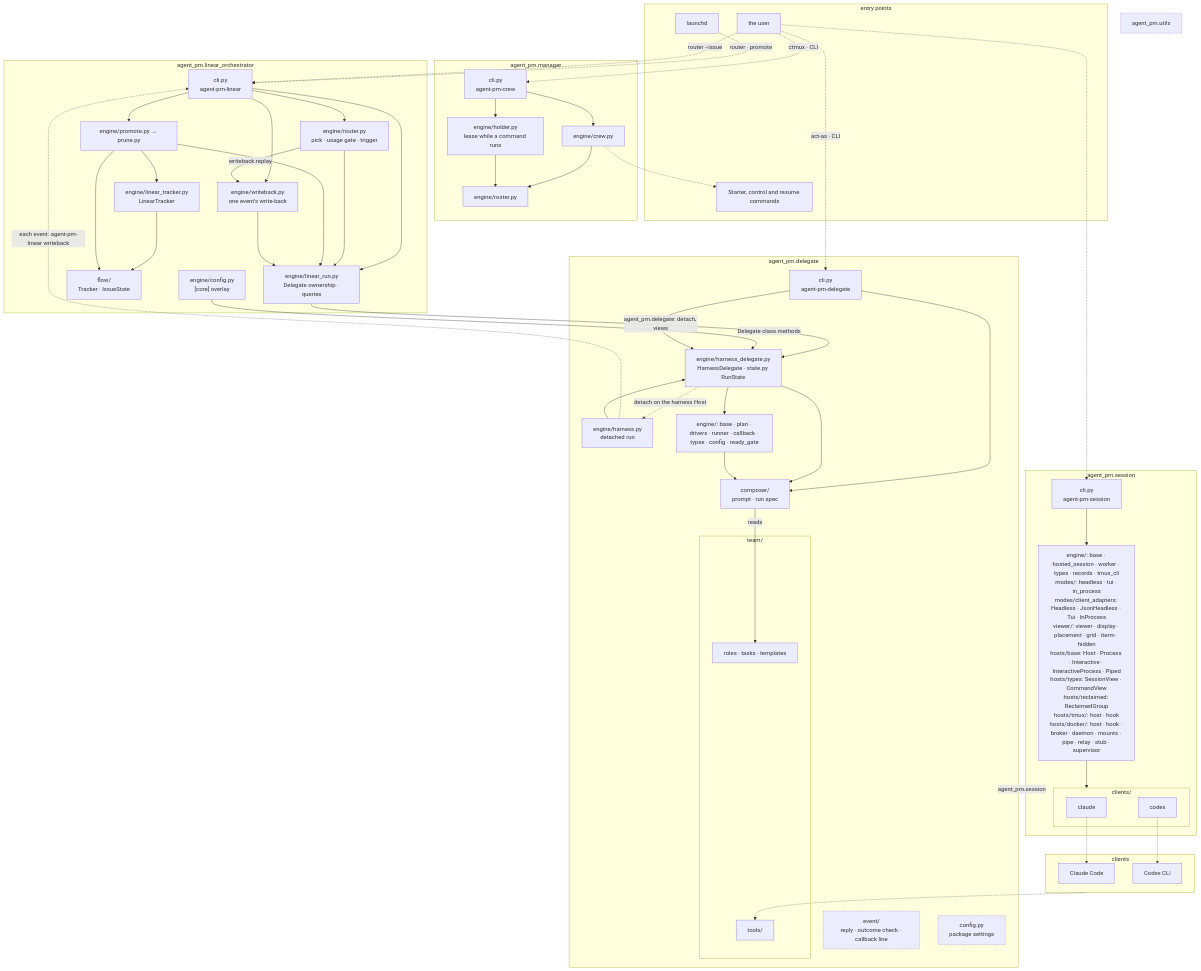
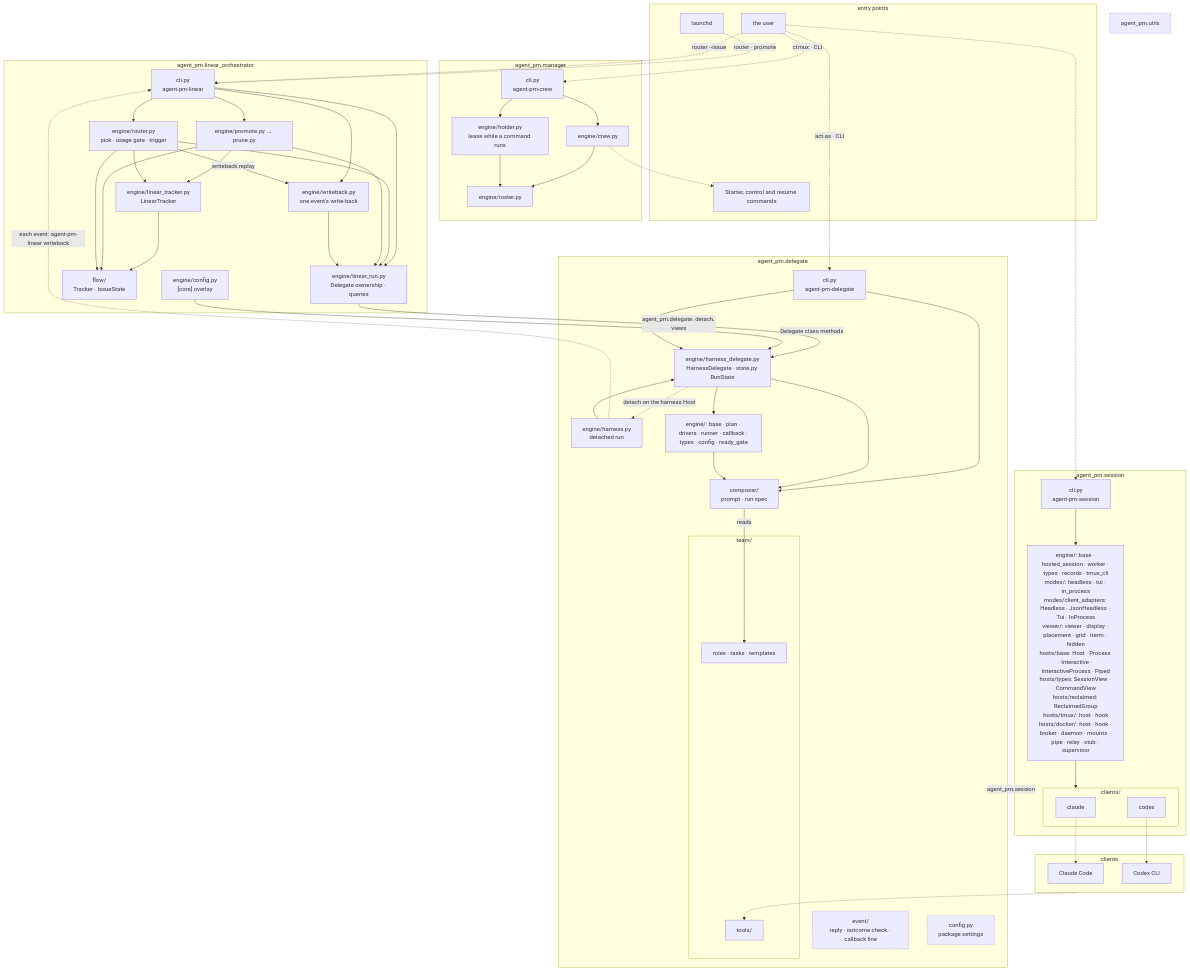
One commit to ophis/agent-pm changed the diagram in docs/architecture.md. Above: the diagram before and after it, drawn with Mermaid. The commit also changed 1 other file, not shown here.

Commit message:
docs: the router's Board reads go through the flow Tracker

````diff
--- a/docs/architecture.md
+++ b/docs/architecture.md
@@ -5,76 +5,76 @@
 ```mermaid
 flowchart TB
   subgraph EN[entry points]
     LD[launchd]
     HU[the user]
     CC[Starter, control and resume commands]
   end
   subgraph MG[agent_pm.manager]
     MC["cli.py<br>agent-pm-crew"] --> W["engine/crew.py"] --> RS["engine/roster.py"]
     MC --> HO["engine/holder.py<br>lease while a command runs"] --> RS
   end
   subgraph LO[agent_pm.linear_orchestrator]
     LCLI["cli.py<br>agent-pm-linear"]
     R["engine/router.py<br>pick · usage gate · trigger"]
     LR["engine/linear_run.py<br>Delegate ownership · queries"]
     WB["engine/writeback.py<br>one event's write-back"]
     PP["engine/promote.py → prune.py"]
     LT["engine/linear_tracker.py<br>LinearTracker"]
     FL["flow/<br>Tracker · IssueState"]
     LC["engine/config.py<br>[core] overlay"]
   end
   subgraph DL[agent_pm.delegate]
     D["cli.py<br>agent-pm-delegate"]
     HD["engine/harness_delegate.py<br>HarnessDelegate · state.py RunState"]
     H["engine/harness.py<br>detached run"]
     E["engine/: base · plan · drivers · runner · callback · types · config · ready_gate"]
     C["composer/<br>prompt · run spec"]
     EV["event/<br>reply · outcome check · callback line"]
     CF["config.py<br>package settings"]
     subgraph TM[team/]
       T["roles · tasks · templates"]
       AT[tools/]
     end
   end
   subgraph SE[agent_pm.session]
     SC["cli.py<br>agent-pm-session"]
     DR["engine/: base · hosted_session · worker · types · records · tmux_cli<br>modes/: headless · tui · in_process<br>modes/client_adapters: Headless · JsonHeadless · Tui · InProcess<br>viewer/: viewer · display · placement · grid · iterm · hidden<br>hosts/base: Host · Process · Interactive · InteractiveProcess · Piped<br>hosts/types: SessionView · CommandView<br>hosts/reclaimed: ReclaimedGroup<br>hosts/tmux/: host · hook<br>hosts/docker/: host · hook · broker · daemon · mounts · pipe · relay · stub · supervisor"]
     subgraph AD[clients/]
       CL[claude]
       CX[codex]
     end
   end
   U[agent_pm.utils]
   subgraph RT[clients]
     P1[Claude Code]
     P2[Codex CLI]
   end
   LD -.->|"router · promote"| LCLI
   HU -.->|"router --issue"| LCLI
   HU -.->|"act-as · CLI"| D
   HU -.->|"ctmux · CLI"| MC
   HU -.-> SC
   SC --> DR
   LCLI --> R & PP & WB & LR
   R & PP & WB --> LR
-  PP --> LT --> FL
-  PP --> FL
+  PP & R --> LT --> FL
+  PP & R --> FL
   R -->|"writeback.replay"| WB
   LR -->|"agent_pm.delegate: detach, views"| HD
   H -.->|"each event: agent-pm-linear writeback"| LCLI
   LC -->|"Delegate class methods"| HD
   W -.-> CC
   D & H --> HD
   D --> C
   HD -.->|"detach on the harness Host"| H
   HD --> E & C
   E --> C
   DL -->|agent_pm.session| SE
   C -->|reads| T
   DR --> AD
   CL -.-> P1
   CX -.-> P2
   RT -.-> AT
   classDef shared stroke-dasharray: 4 3
   class EV,U,CF shared
 ```
````
